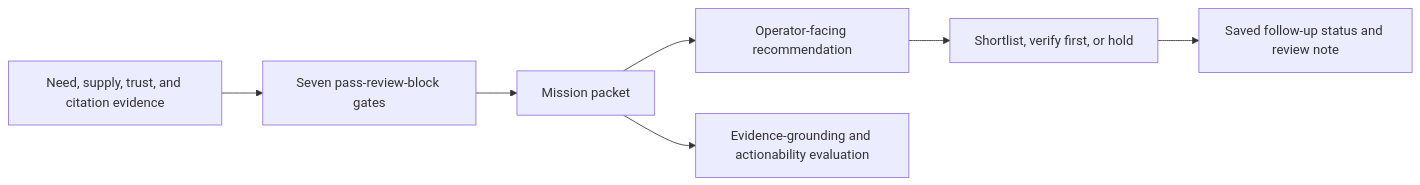
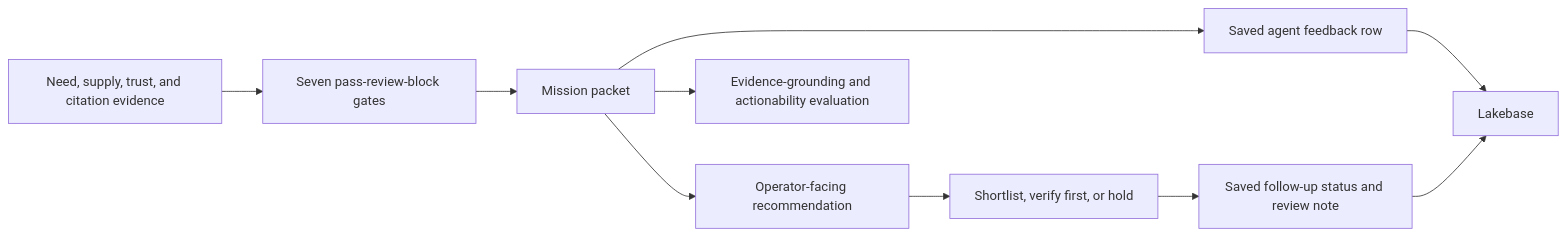
Before and after one commit to Pingying-Chen/DAIS-hackathon-2026: the fifth of 5 diagrams in README.md, drawn with Mermaid. The commit also changed other lines of this file and 11 other files, not shown here.

Commit message:
Add v9 joined data and Lakebase feedback pipelines

````diff
--- a/README.md
+++ b/README.md
@@ -162,9 +179,12 @@
 ```mermaid
 flowchart LR
     evidence["Need, supply, trust, and citation evidence"] --> gates["Seven pass-review-block gates"]
     gates --> packet["Mission packet"]
     packet --> recommendation["Operator-facing recommendation"]
     recommendation --> decision["Shortlist, verify first, or hold"]
+    packet --> agent_feedback["Saved agent feedback row"]
     decision --> saved["Saved follow-up status and review note"]
     packet --> eval["Evidence-grounding and actionability evaluation"]
+    agent_feedback --> lakebase["Lakebase"]
+    saved --> lakebase
 ```
````
